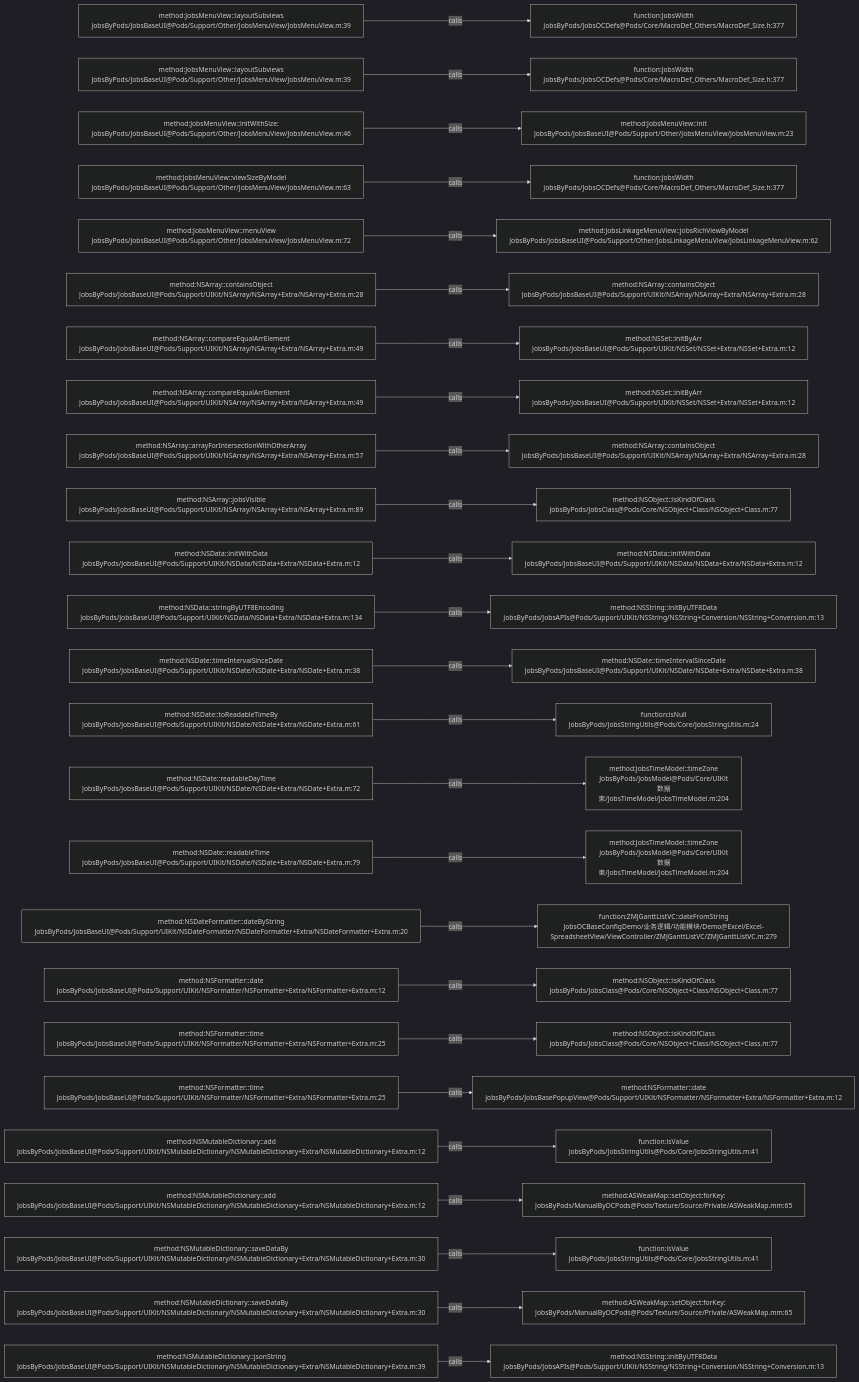
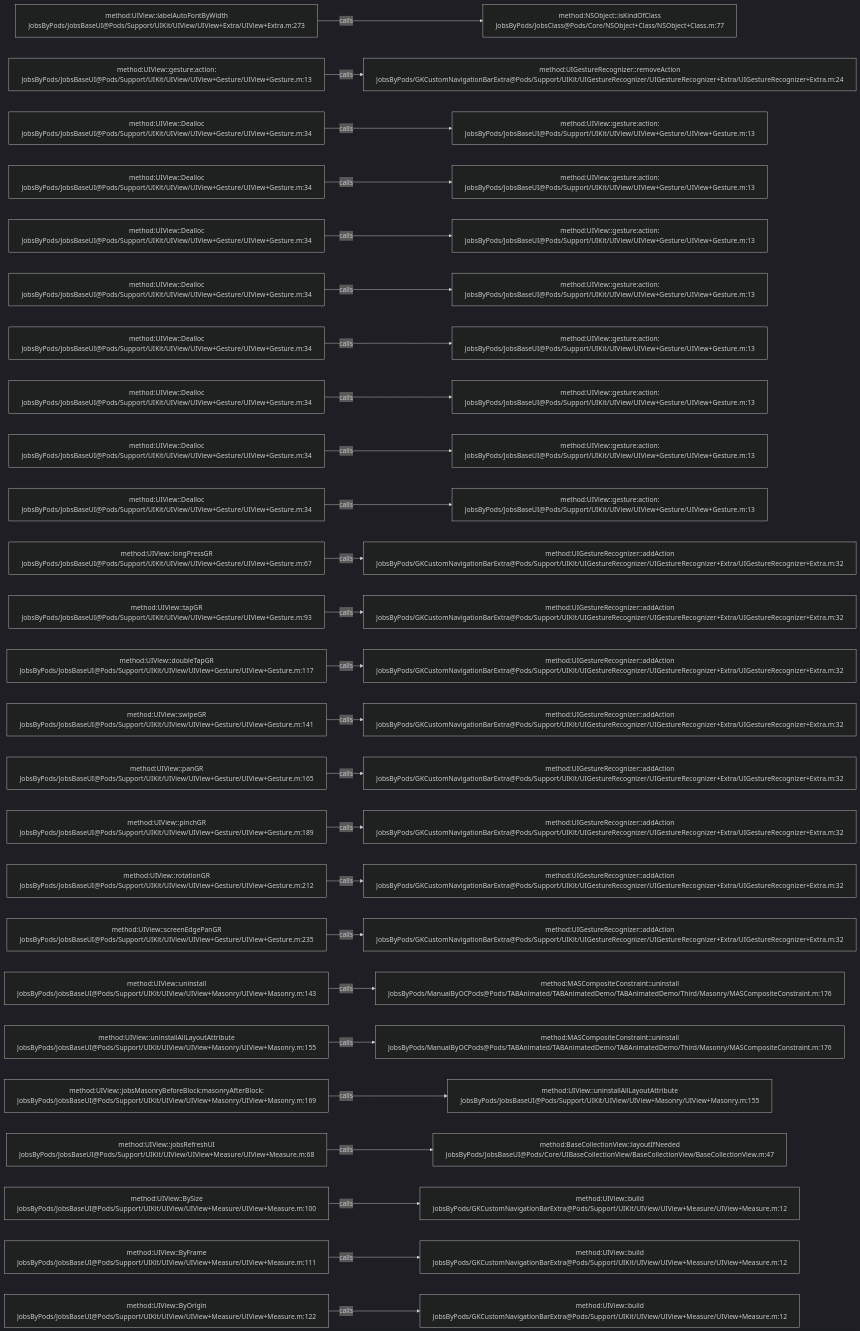
Before and after one commit to JobsKits/JobsOCBaseConfigDemo: the diagram in .codegraph/codegraph.md/graphs/calls-048.md, drawn with Mermaid (dark theme). The commit also changed 1026 other files, not shown here.

````diff
--- a/.codegraph/codegraph.md/graphs/calls-048.md
+++ b/.codegraph/codegraph.md/graphs/calls-048.md
@@ -13,78 +13,78 @@
 ```mermaid
 flowchart LR
-  S1["method:JobsMenuView::layoutSubviews<br/>JobsByPods/JobsBaseUI@Pods/Support/Other/JobsMenuView/JobsMenuView.m:39"]
-  T1["function:JobsWidth<br/>JobsByPods/JobsOCDefs@Pods/Core/MacroDef_Others/MacroDef_Size.h:377"]
+  S1["method:UIView::labelAutoFontByWidth<br/>JobsByPods/JobsBaseUI@Pods/Support/UIKit/UIView/UIView+Extra/UIView+Extra.m:273"]
+  T1["method:NSObject::isKindOfClass<br/>JobsByPods/JobsClass@Pods/Core/NSObject+Class/NSObject+Class.m:77"]
   S1 -->|calls| T1
-  S2["method:JobsMenuView::layoutSubviews<br/>JobsByPods/JobsBaseUI@Pods/Support/Other/JobsMenuView/JobsMenuView.m:39"]
-  T2["function:JobsWidth<br/>JobsByPods/JobsOCDefs@Pods/Core/MacroDef_Others/MacroDef_Size.h:377"]
+  S2["method:UIView::gesture:action:<br/>JobsByPods/JobsBaseUI@Pods/Support/UIKit/UIView/UIView+Gesture/UIView+Gesture.m:13"]
+  T2["method:UIGestureRecognizer::removeAction<br/>JobsByPods/GKCustomNavigationBarExtra@Pods/Support/UIKit/UIGestureRecognizer/UIGestureRecognizer+Extra/UIGestureRecognizer+Extra.m:24"]
   S2 -->|calls| T2
-  S3["method:JobsMenuView::initWithSize:<br/>JobsByPods/JobsBaseUI@Pods/Support/Other/JobsMenuView/JobsMenuView.m:46"]
-  T3["method:JobsMenuView::init<br/>JobsByPods/JobsBaseUI@Pods/Support/Other/JobsMenuView/JobsMenuView.m:23"]
+  S3["method:UIView::Dealloc<br/>JobsByPods/JobsBaseUI@Pods/Support/UIKit/UIView/UIView+Gesture/UIView+Gesture.m:34"]
+  T3["method:UIView::gesture:action:<br/>JobsByPods/JobsBaseUI@Pods/Support/UIKit/UIView/UIView+Gesture/UIView+Gesture.m:13"]
   S3 -->|calls| T3
-  S4["method:JobsMenuView::viewSizeByModel<br/>JobsByPods/JobsBaseUI@Pods/Support/Other/JobsMenuView/JobsMenuView.m:63"]
-  T4["function:JobsWidth<br/>JobsByPods/JobsOCDefs@Pods/Core/MacroDef_Others/MacroDef_Size.h:377"]
+  S4["method:UIView::Dealloc<br/>JobsByPods/JobsBaseUI@Pods/Support/UIKit/UIView/UIView+Gesture/UIView+Gesture.m:34"]
+  T4["method:UIView::gesture:action:<br/>JobsByPods/JobsBaseUI@Pods/Support/UIKit/UIView/UIView+Gesture/UIView+Gesture.m:13"]
   S4 -->|calls| T4
-  S5["method:JobsMenuView::menuView<br/>JobsByPods/JobsBaseUI@Pods/Support/Other/JobsMenuView/JobsMenuView.m:72"]
-  T5["method:JobsLinkageMenuView::jobsRichViewByModel<br/>JobsByPods/JobsBaseUI@Pods/Support/Other/JobsLinkageMenuView/JobsLinkageMenuView.m:62"]
+  S5["method:UIView::Dealloc<br/>JobsByPods/JobsBaseUI@Pods/Support/UIKit/UIView/UIView+Gesture/UIView+Gesture.m:34"]
+  T5["method:UIView::gesture:action:<br/>JobsByPods/JobsBaseUI@Pods/Support/UIKit/UIView/UIView+Gesture/UIView+Gesture.m:13"]
   S5 -->|calls| T5
-  S6["method:NSArray::containsObject<br/>JobsByPods/JobsBaseUI@Pods/Support/UIKit/NSArray/NSArray+Extra/NSArray+Extra.m:28"]
-  T6["method:NSArray::containsObject<br/>JobsByPods/JobsBaseUI@Pods/Support/UIKit/NSArray/NSArray+Extra/NSArray+Extra.m:28"]
+  S6["method:UIView::Dealloc<br/>JobsByPods/JobsBaseUI@Pods/Support/UIKit/UIView/UIView+Gesture/UIView+Gesture.m:34"]
+  T6["method:UIView::gesture:action:<br/>JobsByPods/JobsBaseUI@Pods/Support/UIKit/UIView/UIView+Gesture/UIView+Gesture.m:13"]
   S6 -->|calls| T6
-  S7["method:NSArray::compareEqualArrElement<br/>JobsByPods/JobsBaseUI@Pods/Support/UIKit/NSArray/NSArray+Extra/NSArray+Extra.m:49"]
-  T7["method:NSSet::initByArr<br/>JobsByPods/JobsBaseUI@Pods/Support/UIKit/NSSet/NSSet+Extra/NSSet+Extra.m:12"]
+  S7["method:UIView::Dealloc<br/>JobsByPods/JobsBaseUI@Pods/Support/UIKit/UIView/UIView+Gesture/UIView+Gesture.m:34"]
+  T7["method:UIView::gesture:action:<br/>JobsByPods/JobsBaseUI@Pods/Support/UIKit/UIView/UIView+Gesture/UIView+Gesture.m:13"]
   S7 -->|calls| T7
-  S8["method:NSArray::compareEqualArrElement<br/>JobsByPods/JobsBaseUI@Pods/Support/UIKit/NSArray/NSArray+Extra/NSArray+Extra.m:49"]
-  T8["method:NSSet::initByArr<br/>JobsByPods/JobsBaseUI@Pods/Support/UIKit/NSSet/NSSet+Extra/NSSet+Extra.m:12"]
+  S8["method:UIView::Dealloc<br/>JobsByPods/JobsBaseUI@Pods/Support/UIKit/UIView/UIView+Gesture/UIView+Gesture.m:34"]
+  T8["method:UIView::gesture:action:<br/>JobsByPods/JobsBaseUI@Pods/Support/UIKit/UIView/UIView+Gesture/UIView+Gesture.m:13"]
   S8 -->|calls| T8
-  S9["method:NSArray::arrayForIntersectionWithOtherArray<br/>JobsByPods/JobsBaseUI@Pods/Support/UIKit/NSArray/NSArray+Extra/NSArray+Extra.m:57"]
-  T9["method:NSArray::containsObject<br/>JobsByPods/JobsBaseUI@Pods/Support/UIKit/NSArray/NSArray+Extra/NSArray+Extra.m:28"]
+  S9["method:UIView::Dealloc<br/>JobsByPods/JobsBaseUI@Pods/Support/UIKit/UIView/UIView+Gesture/UIView+Gesture.m:34"]
+  T9["method:UIView::gesture:action:<br/>JobsByPods/JobsBaseUI@Pods/Support/UIKit/UIView/UIView+Gesture/UIView+Gesture.m:13"]
   S9 -->|calls| T9
-  S10["method:NSArray::jobsVisible<br/>JobsByPods/JobsBaseUI@Pods/Support/UIKit/NSArray/NSArray+Extra/NSArray+Extra.m:89"]
-  T10["method:NSObject::isKindOfClass<br/>JobsByPods/JobsClass@Pods/Core/NSObject+Class/NSObject+Class.m:77"]
+  S10["method:UIView::Dealloc<br/>JobsByPods/JobsBaseUI@Pods/Support/UIKit/UIView/UIView+Gesture/UIView+Gesture.m:34"]
+  T10["method:UIView::gesture:action:<br/>JobsByPods/JobsBaseUI@Pods/Support/UIKit/UIView/UIView+Gesture/UIView+Gesture.m:13"]
   S10 -->|calls| T10
-  S11["method:NSData::initWithData<br/>JobsByPods/JobsBaseUI@Pods/Support/UIKit/NSData/NSData+Extra/NSData+Extra.m:12"]
-  T11["method:NSData::initWithData<br/>JobsByPods/JobsBaseUI@Pods/Support/UIKit/NSData/NSData+Extra/NSData+Extra.m:12"]
+  S11["method:UIView::longPressGR<br/>JobsByPods/JobsBaseUI@Pods/Support/UIKit/UIView/UIView+Gesture/UIView+Gesture.m:67"]
+  T11["method:UIGestureRecognizer::addAction<br/>JobsByPods/GKCustomNavigationBarExtra@Pods/Support/UIKit/UIGestureRecognizer/UIGestureRecognizer+Extra/UIGestureRecognizer+Extra.m:32"]
   S11 -->|calls| T11
-  S12["method:NSData::stringByUTF8Encoding<br/>JobsByPods/JobsBaseUI@Pods/Support/UIKit/NSData/NSData+Extra/NSData+Extra.m:134"]
-  T12["method:NSString::initByUTF8Data<br/>JobsByPods/JobsAPIs@Pods/Support/UIKit/NSString/NSString+Conversion/NSString+Conversion.m:13"]
+  S12["method:UIView::tapGR<br/>JobsByPods/JobsBaseUI@Pods/Support/UIKit/UIView/UIView+Gesture/UIView+Gesture.m:93"]
+  T12["method:UIGestureRecognizer::addAction<br/>JobsByPods/GKCustomNavigationBarExtra@Pods/Support/UIKit/UIGestureRecognizer/UIGestureRecognizer+Extra/UIGestureRecognizer+Extra.m:32"]
   S12 -->|calls| T12
-  S13["method:NSDate::timeIntervalSinceDate<br/>JobsByPods/JobsBaseUI@Pods/Support/UIKit/NSDate/NSDate+Extra/NSDate+Extra.m:38"]
-  T13["method:NSDate::timeIntervalSinceDate<br/>JobsByPods/JobsBaseUI@Pods/Support/UIKit/NSDate/NSDate+Extra/NSDate+Extra.m:38"]
+  S13["method:UIView::doubleTapGR<br/>JobsByPods/JobsBaseUI@Pods/Support/UIKit/UIView/UIView+Gesture/UIView+Gesture.m:117"]
+  T13["method:UIGestureRecognizer::addAction<br/>JobsByPods/GKCustomNavigationBarExtra@Pods/Support/UIKit/UIGestureRecognizer/UIGestureRecognizer+Extra/UIGestureRecognizer+Extra.m:32"]
   S13 -->|calls| T13
-  S14["method:NSDate::toReadableTimeBy<br/>JobsByPods/JobsBaseUI@Pods/Support/UIKit/NSDate/NSDate+Extra/NSDate+Extra.m:61"]
-  T14["function:isNull<br/>JobsByPods/JobsStringUtils@Pods/Core/JobsStringUtils.m:24"]
+  S14["method:UIView::swipeGR<br/>JobsByPods/JobsBaseUI@Pods/Support/UIKit/UIView/UIView+Gesture/UIView+Gesture.m:141"]
+  T14["method:UIGestureRecognizer::addAction<br/>JobsByPods/GKCustomNavigationBarExtra@Pods/Support/UIKit/UIGestureRecognizer/UIGestureRecognizer+Extra/UIGestureRecognizer+Extra.m:32"]
   S14 -->|calls| T14
-  S15["method:NSDate::readableDayTime<br/>JobsByPods/JobsBaseUI@Pods/Support/UIKit/NSDate/NSDate+Extra/NSDate+Extra.m:72"]
-  T15["method:JobsTimeModel::timeZone<br/>JobsByPods/JobsModel@Pods/Core/UIKit数据束/JobsTimeModel/JobsTimeModel.m:204"]
+  S15["method:UIView::panGR<br/>JobsByPods/JobsBaseUI@Pods/Support/UIKit/UIView/UIView+Gesture/UIView+Gesture.m:165"]
+  T15["method:UIGestureRecognizer::addAction<br/>JobsByPods/GKCustomNavigationBarExtra@Pods/Support/UIKit/UIGestureRecognizer/UIGestureRecognizer+Extra/UIGestureRecognizer+Extra.m:32"]
   S15 -->|calls| T15
-  S16["method:NSDate::readableTime<br/>JobsByPods/JobsBaseUI@Pods/Support/UIKit/NSDate/NSDate+Extra/NSDate+Extra.m:79"]
-  T16["method:JobsTimeModel::timeZone<br/>JobsByPods/JobsModel@Pods/Core/UIKit数据束/JobsTimeModel/JobsTimeModel.m:204"]
+  S16["method:UIView::pinchGR<br/>JobsByPods/JobsBaseUI@Pods/Support/UIKit/UIView/UIView+Gesture/UIView+Gesture.m:189"]
+  T16["method:UIGestureRecognizer::addAction<br/>JobsByPods/GKCustomNavigationBarExtra@Pods/Support/UIKit/UIGestureRecognizer/UIGestureRecognizer+Extra/UIGestureRecognizer+Extra.m:32"]
   S16 -->|calls| T16
-  S17["method:NSDateFormatter::dateByString<br/>JobsByPods/JobsBaseUI@Pods/Support/UIKit/NSDateFormatter/NSDateFormatter+Extra/NSDateFormatter+Extra.m:20"]
-  T17["function:ZMJGanttListVC::dateFromString<br/>JobsOCBaseConfigDemo/业务逻辑/功能模块/Demo@Excel/Excel-SpreadsheetView/ViewController/ZMJGanttListVC/ZMJGanttListVC.m:279"]
+  S17["method:UIView::rotationGR<br/>JobsByPods/JobsBaseUI@Pods/Support/UIKit/UIView/UIView+Gesture/UIView+Gesture.m:212"]
+  T17["method:UIGestureRecognizer::addAction<br/>JobsByPods/GKCustomNavigationBarExtra@Pods/Support/UIKit/UIGestureRecognizer/UIGestureRecognizer+Extra/UIGestureRecognizer+Extra.m:32"]
   S17 -->|calls| T17
-  S18["method:NSFormatter::date<br/>JobsByPods/JobsBaseUI@Pods/Support/UIKit/NSFormatter/NSFormatter+Extra/NSFormatter+Extra.m:12"]
-  T18["method:NSObject::isKindOfClass<br/>JobsByPods/JobsClass@Pods/Core/NSObject+Class/NSObject+Class.m:77"]
+  S18["method:UIView::screenEdgePanGR<br/>JobsByPods/JobsBaseUI@Pods/Support/UIKit/UIView/UIView+Gesture/UIView+Gesture.m:235"]
+  T18["method:UIGestureRecognizer::addAction<br/>JobsByPods/GKCustomNavigationBarExtra@Pods/Support/UIKit/UIGestureRecognizer/UIGestureRecognizer+Extra/UIGestureRecognizer+Extra.m:32"]
   S18 -->|calls| T18
-  S19["method:NSFormatter::time<br/>JobsByPods/JobsBaseUI@Pods/Support/UIKit/NSFormatter/NSFormatter+Extra/NSFormatter+Extra.m:25"]
-  T19["method:NSObject::isKindOfClass<br/>JobsByPods/JobsClass@Pods/Core/NSObject+Class/NSObject+Class.m:77"]
+  S19["method:UIView::uninstall<br/>JobsByPods/JobsBaseUI@Pods/Support/UIKit/UIView/UIView+Masonry/UIView+Masonry.m:143"]
+  T19["method:MASCompositeConstraint::uninstall<br/>JobsByPods/ManualByOCPods@Pods/TABAnimated/TABAnimatedDemo/TABAnimatedDemo/Third/Masonry/MASCompositeConstraint.m:176"]
   S19 -->|calls| T19
-  S20["method:NSFormatter::time<br/>JobsByPods/JobsBaseUI@Pods/Support/UIKit/NSFormatter/NSFormatter+Extra/NSFormatter+Extra.m:25"]
-  T20["method:NSFormatter::date<br/>JobsByPods/JobsBasePopupView@Pods/Support/UIKit/NSFormatter/NSFormatter+Extra/NSFormatter+Extra.m:12"]
+  S20["method:UIView::uninstallAllLayoutAttribute<br/>JobsByPods/JobsBaseUI@Pods/Support/UIKit/UIView/UIView+Masonry/UIView+Masonry.m:155"]
+  T20["method:MASCompositeConstraint::uninstall<br/>JobsByPods/ManualByOCPods@Pods/TABAnimated/TABAnimatedDemo/TABAnimatedDemo/Third/Masonry/MASCompositeConstraint.m:176"]
   S20 -->|calls| T20
-  S21["method:NSMutableDictionary::add<br/>JobsByPods/JobsBaseUI@Pods/Support/UIKit/NSMutableDictionary/NSMutableDictionary+Extra/NSMutableDictionary+Extra.m:12"]
-  T21["function:isValue<br/>JobsByPods/JobsStringUtils@Pods/Core/JobsStringUtils.m:41"]
+  S21["method:UIView::jobsMasonryBeforeBlock:masonryAfterBlock:<br/>JobsByPods/JobsBaseUI@Pods/Support/UIKit/UIView/UIView+Masonry/UIView+Masonry.m:169"]
+  T21["method:UIView::uninstallAllLayoutAttribute<br/>JobsByPods/JobsBaseUI@Pods/Support/UIKit/UIView/UIView+Masonry/UIView+Masonry.m:155"]
   S21 -->|calls| T21
-  S22["method:NSMutableDictionary::add<br/>JobsByPods/JobsBaseUI@Pods/Support/UIKit/NSMutableDictionary/NSMutableDictionary+Extra/NSMutableDictionary+Extra.m:12"]
-  T22["method:ASWeakMap::setObject:forKey:<br/>JobsByPods/ManualByOCPods@Pods/Texture/Source/Private/ASWeakMap.mm:65"]
+  S22["method:UIView::jobsRefreshUI<br/>JobsByPods/JobsBaseUI@Pods/Support/UIKit/UIView/UIView+Measure/UIView+Measure.m:68"]
+  T22["method:BaseCollectionView::layoutIfNeeded<br/>JobsByPods/JobsBaseUI@Pods/Core/UIBaseCollectionView/BaseCollectionView/BaseCollectionView.m:47"]
   S22 -->|calls| T22
-  S23["method:NSMutableDictionary::saveDataBy<br/>JobsByPods/JobsBaseUI@Pods/Support/UIKit/NSMutableDictionary/NSMutableDictionary+Extra/NSMutableDictionary+Extra.m:30"]
-  T23["function:isValue<br/>JobsByPods/JobsStringUtils@Pods/Core/JobsStringUtils.m:41"]
+  S23["method:UIView::BySize<br/>JobsByPods/JobsBaseUI@Pods/Support/UIKit/UIView/UIView+Measure/UIView+Measure.m:100"]
+  T23["method:UIView::build<br/>JobsByPods/GKCustomNavigationBarExtra@Pods/Support/UIKit/UIView/UIView+Measure/UIView+Measure.m:12"]
   S23 -->|calls| T23
-  S24["method:NSMutableDictionary::saveDataBy<br/>JobsByPods/JobsBaseUI@Pods/Support/UIKit/NSMutableDictionary/NSMutableDictionary+Extra/NSMutableDictionary+Extra.m:30"]
-  T24["method:ASWeakMap::setObject:forKey:<br/>JobsByPods/ManualByOCPods@Pods/Texture/Source/Private/ASWeakMap.mm:65"]
+  S24["method:UIView::ByFrame<br/>JobsByPods/JobsBaseUI@Pods/Support/UIKit/UIView/UIView+Measure/UIView+Measure.m:111"]
+  T24["method:UIView::build<br/>JobsByPods/GKCustomNavigationBarExtra@Pods/Support/UIKit/UIView/UIView+Measure/UIView+Measure.m:12"]
   S24 -->|calls| T24
-  S25["method:NSMutableDictionary::jsonString<br/>JobsByPods/JobsBaseUI@Pods/Support/UIKit/NSMutableDictionary/NSMutableDictionary+Extra/NSMutableDictionary+Extra.m:39"]
-  T25["method:NSString::initByUTF8Data<br/>JobsByPods/JobsAPIs@Pods/Support/UIKit/NSString/NSString+Conversion/NSString+Conversion.m:13"]
+  S25["method:UIView::ByOrigin<br/>JobsByPods/JobsBaseUI@Pods/Support/UIKit/UIView/UIView+Measure/UIView+Measure.m:122"]
+  T25["method:UIView::build<br/>JobsByPods/GKCustomNavigationBarExtra@Pods/Support/UIKit/UIView/UIView+Measure/UIView+Measure.m:12"]
   S25 -->|calls| T25
 ```
````
